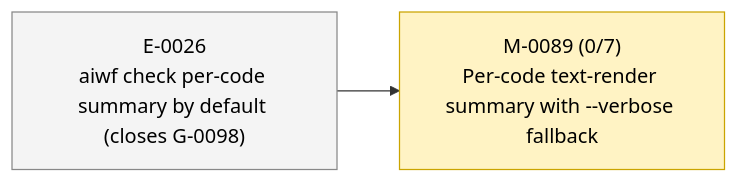
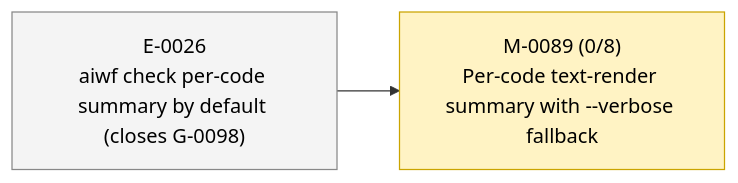
One commit to 23min/aiwf changed the second of 2 diagrams in STATUS.md. Above: the diagram before and after it, drawn with Mermaid. The commit also changed other lines of this file and 1 other file, not shown here.

First line of the commit message:
aiwf add ac M-0089/AC-8 "Summary lines name the code structurally, not by substring grep"

````diff
--- a/STATUS.md
+++ b/STATUS.md
@@ -51,12 +51,12 @@
 ```mermaid
 flowchart LR
   E_0026["E-0026<br/>aiwf check per-code summary by default (closes G-0098)"]:::epic_proposed
-  M_0089["M-0089 (0/7)<br/>Per-code text-render summary with --verbose fallback"]:::ms_in_progress
+  M_0089["M-0089 (0/8)<br/>Per-code text-render summary with --verbose fallback"]:::ms_in_progress
   E_0026 --> M_0089
   classDef epic_active fill:#d6eaff,stroke:#1a73e8,color:#000
   classDef epic_proposed fill:#f4f4f4,stroke:#888,color:#000
   classDef ms_done fill:#d8f5d8,stroke:#2a8a2a,color:#000
   classDef ms_in_progress fill:#fff3c4,stroke:#caa400,color:#000
   classDef ms_draft fill:#f4f4f4,stroke:#888,color:#000
   classDef ms_cancelled fill:#fbeaea,stroke:#c33,color:#000
 ```
````
